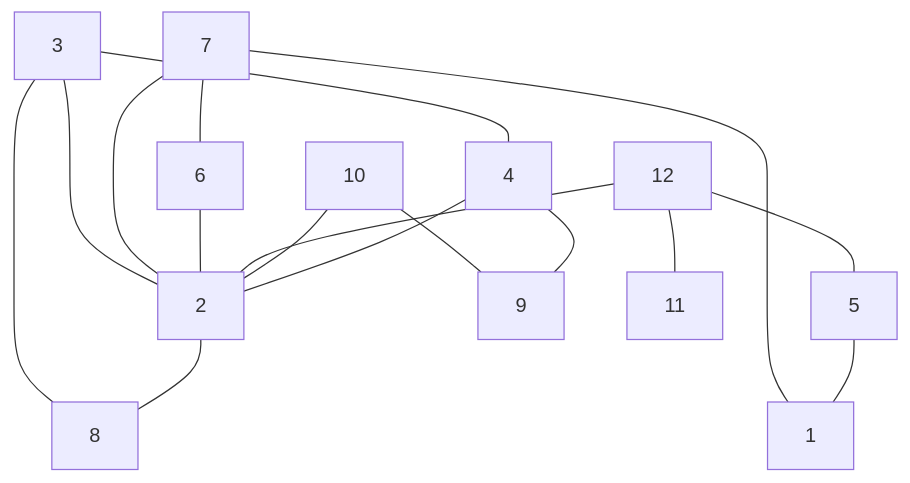
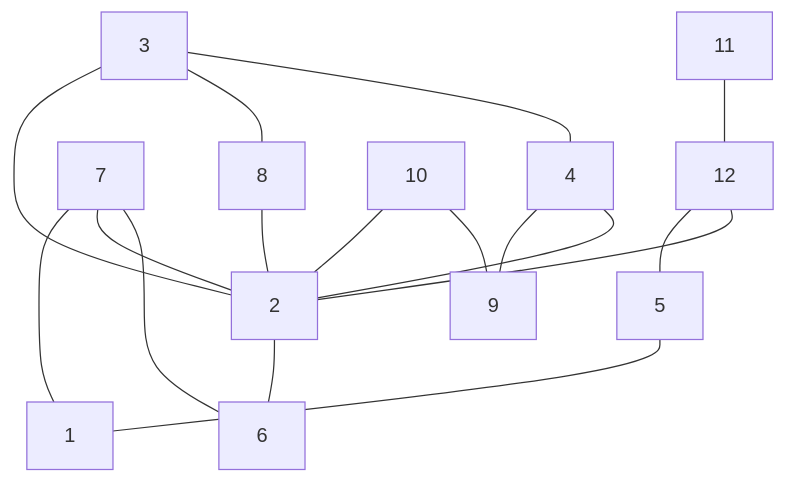
One commit to antononcube/Raku-Graph changed the diagram in README.md. Above: the diagram before and after it, drawn with Mermaid. The commit also changed other lines of this file and 1 other file, not shown here.

````diff
--- a/README.md
+++ b/README.md
@@ -146,19 +146,19 @@
 ```mermaid
 graph TD
-3 --- 8
-3 --- 2
-3 --- 4
+11 --- 12
+10 --- 2
+10 --- 9
 7 --- 1
 7 --- 2
 7 --- 6
-6 --- 2
-12 --- 5
-12 --- 11
-12 --- 2
-5 --- 1
-10 --- 2
-10 --- 9
+3 --- 2
+3 --- 8
+3 --- 4
 4 --- 9
 4 --- 2
-2 --- 8
+12 --- 5
+12 --- 2
+8 --- 2
+5 --- 1
+2 --- 6
 ```
````
